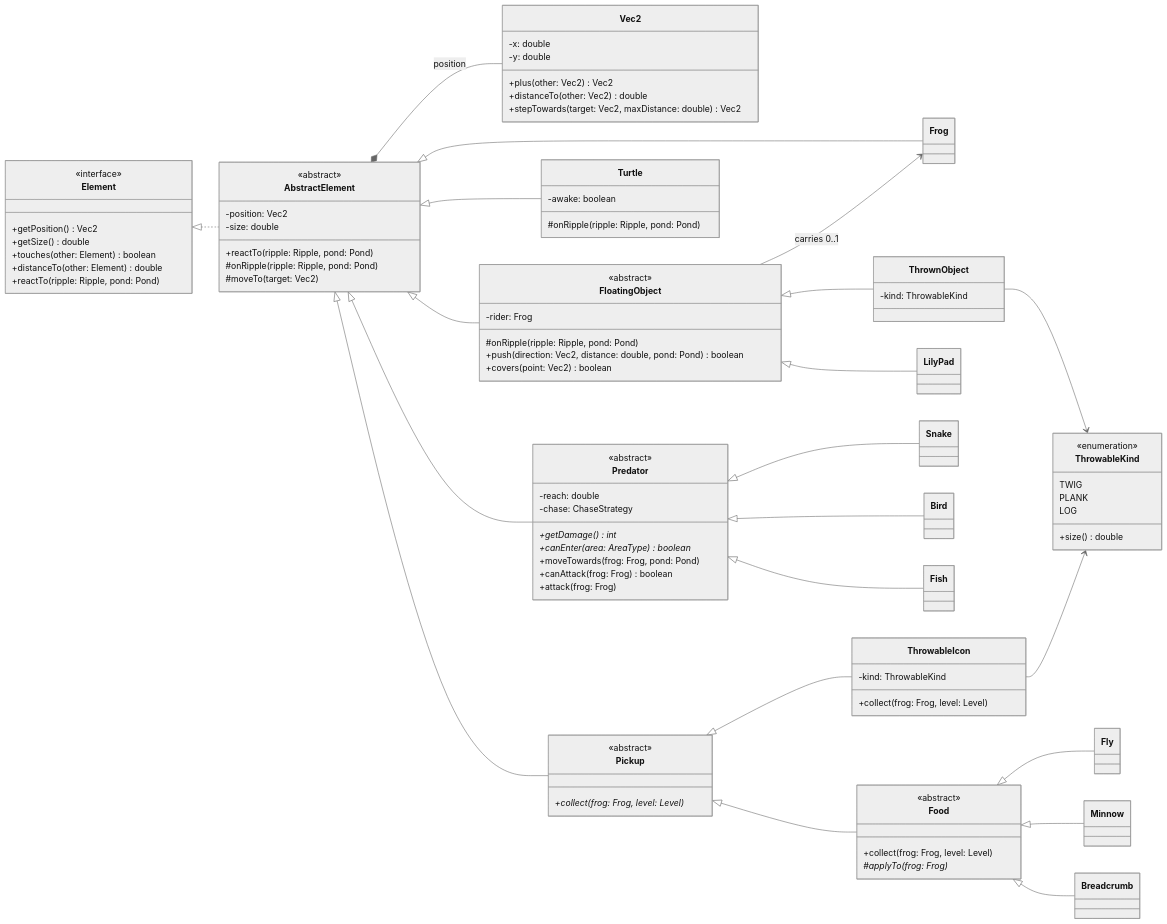
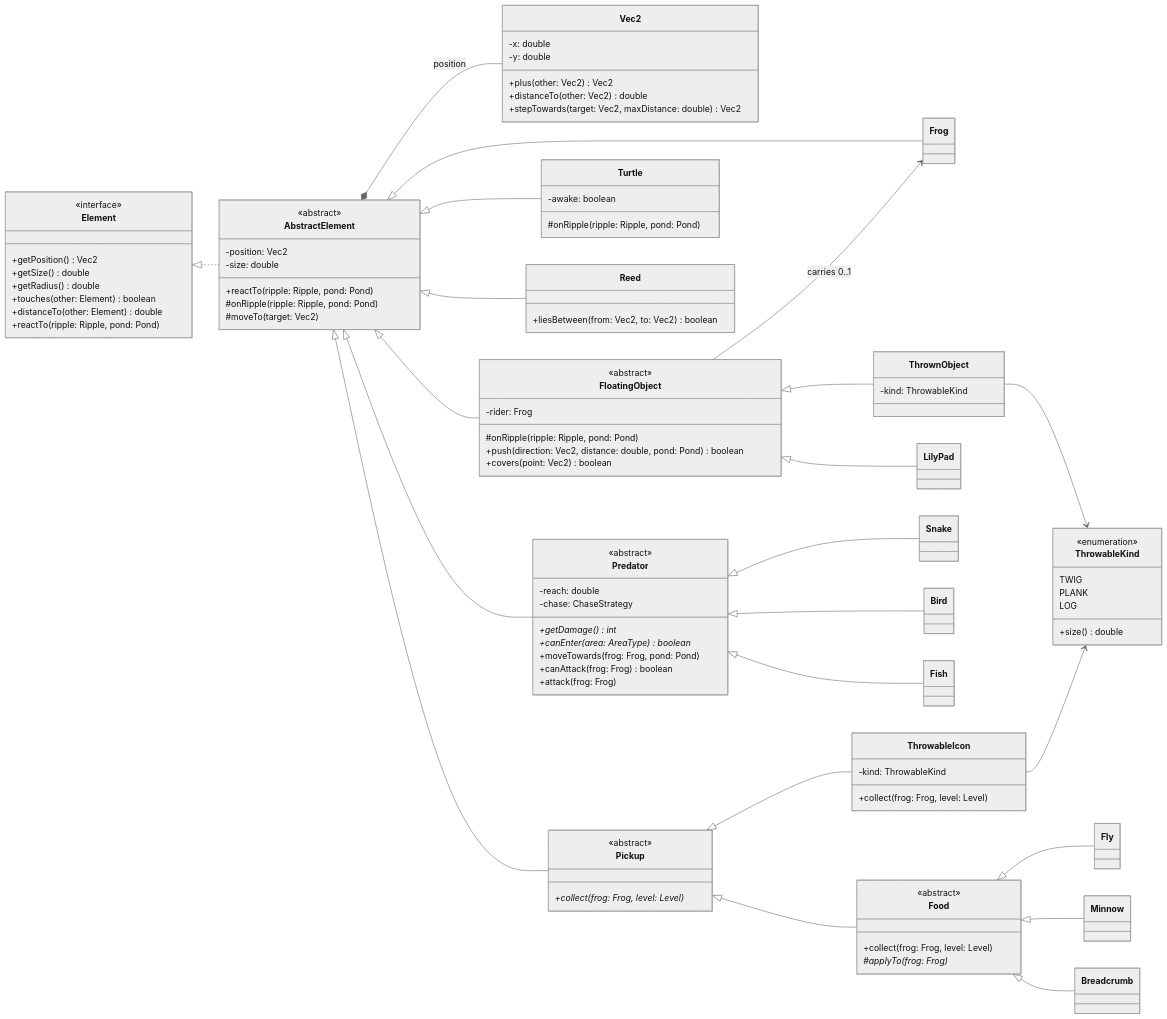
The first of 4 diagrams in docs/RIPPLE_POND_UML.md (jonathandeveloper26-bit/JavaGame), drawn with Mermaid (neutral theme) before and after one commit. The commit also changed other lines of this file and 9 other files, not shown here.

First line of the commit message:
docs: GDD Draft 4, UML version 2, task lists and PDF export script

```diff
--- a/docs/RIPPLE_POND_UML.md
+++ b/docs/RIPPLE_POND_UML.md
@@ -38,6 +43,7 @@
   <<interface>>
   +getPosition() Vec2
   +getSize() double
+  +getRadius() double
   +touches(other: Element) boolean
   +distanceTo(other: Element) double
   +reactTo(ripple: Ripple, pond: Pond)
@@ -80,6 +86,9 @@
   -awake: boolean
   #onRipple(ripple: Ripple, pond: Pond)
 }
+class Reed {
+  +liesBetween(from: Vec2, to: Vec2) boolean
+}
 class Predator {
   <<abstract>>
   -reach: double
@@ -115,6 +124,7 @@
 AbstractElement <|-- Frog
 AbstractElement <|-- FloatingObject
 AbstractElement <|-- Turtle
+AbstractElement <|-- Reed
 AbstractElement <|-- Predator
 AbstractElement <|-- Pickup
 FloatingObject <|-- ThrownObject
```
